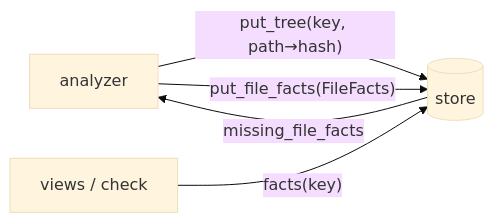
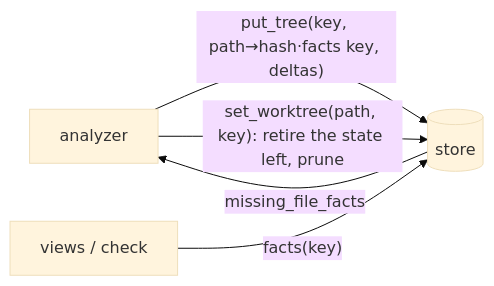
One commit to tau-rs/arch changed the diagram in docs/arch-facts.md. Above: the diagram before and after it, drawn with Mermaid (base theme). The commit also changed other lines of this file and 17 other files, not shown here.

First line of the commit message:
feat(facts,analyze): name a file's facts by path, content and package id

````diff
--- a/docs/arch-facts.md
+++ b/docs/arch-facts.md
@@ -80,7 +90,7 @@
 ```mermaid
 flowchart LR
-  A[analyzer] -- put_tree(key, path→hash) --> S[(store)]
+  A[analyzer] -- "put_tree(key, path→hash·facts key, deltas)" --> S[(store)]
   S -- missing_file_facts --> A
-  A -- put_file_facts(FileFacts) --> S
+  A -- "set_worktree(path, key): retire the state left, prune" --> S
   V[views / check] -- facts(key) --> S
 ```
````
